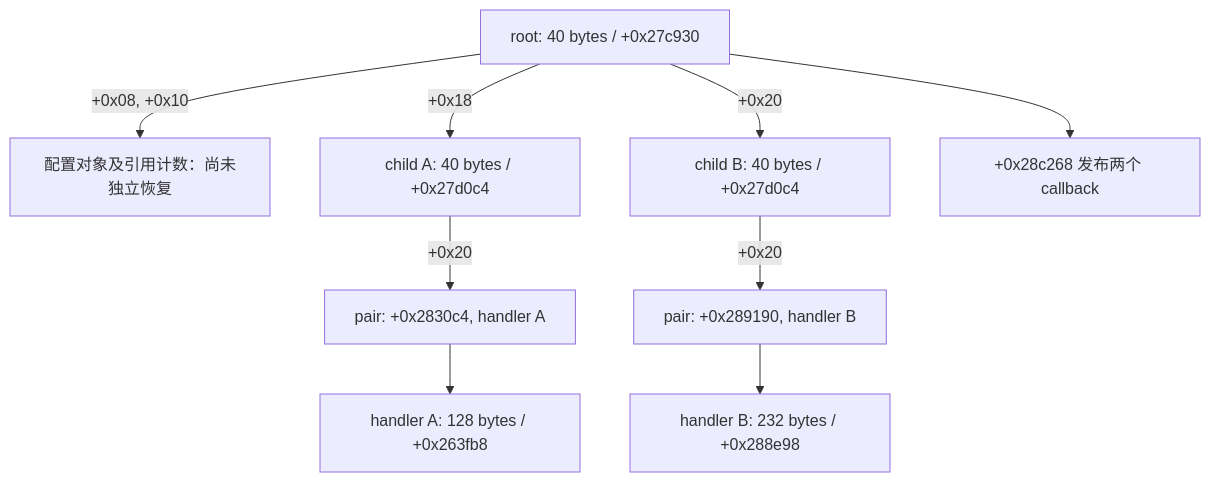
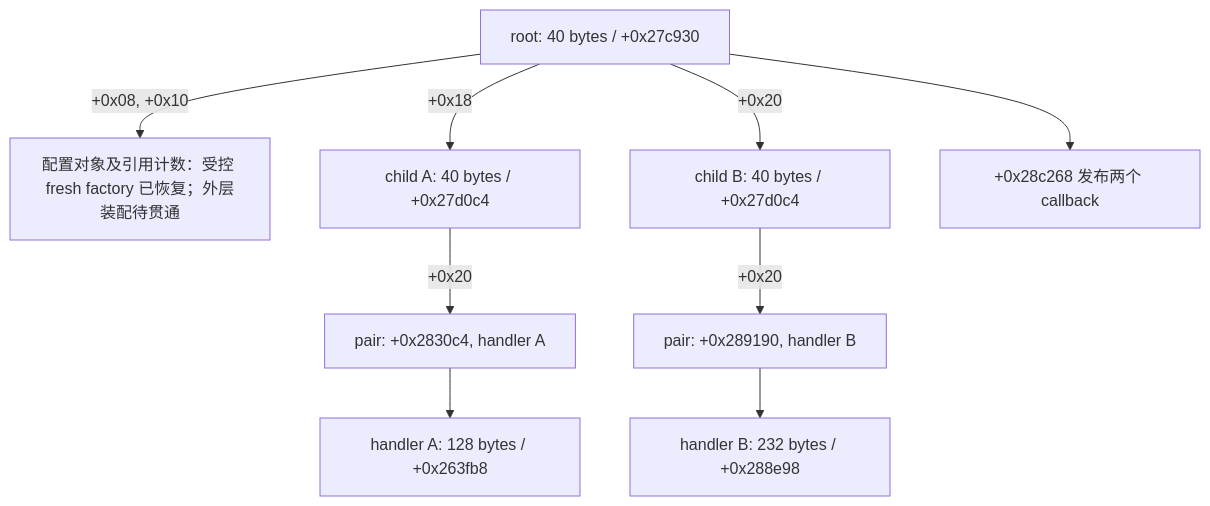
Before and after one commit to Angel-Gril/Novel_Signer: the diagram in platforms/bytedance/tomato/SIGNER_CONSTRUCTION.md, drawn with Mermaid. The commit also changed other lines of this file and 13 other files, not shown here.

Commit message:
Restore independent VM9 root factory and caller

````diff
--- a/platforms/bytedance/tomato/SIGNER_CONSTRUCTION.md
+++ b/platforms/bytedance/tomato/SIGNER_CONSTRUCTION.md
@@ -19,11 +19,11 @@
 ```mermaid
 flowchart TD
-    R["root: 40 bytes / +0x27c930"] -->|"+0x08, +0x10"| C["配置对象及引用计数：尚未独立恢复"]
+    R["root: 40 bytes / +0x27c930"] -->|"+0x08, +0x10"| C["配置对象及引用计数：受控 fresh factory 已恢复；外层装配待贯通"]
     R -->|"+0x18"| A["child A: 40 bytes / +0x27d0c4"]
     R -->|"+0x20"| B["child B: 40 bytes / +0x27d0c4"]
     A -->|"+0x20"| PA["pair: +0x2830c4, handler A"]
     B -->|"+0x20"| PB["pair: +0x289190, handler B"]
     PA --> HA["handler A: 128 bytes / +0x263fb8"]
     PB --> HB["handler B: 232 bytes / +0x288e98"]
     R --> P["+0x28c268 发布两个 callback"]
 ```
````
